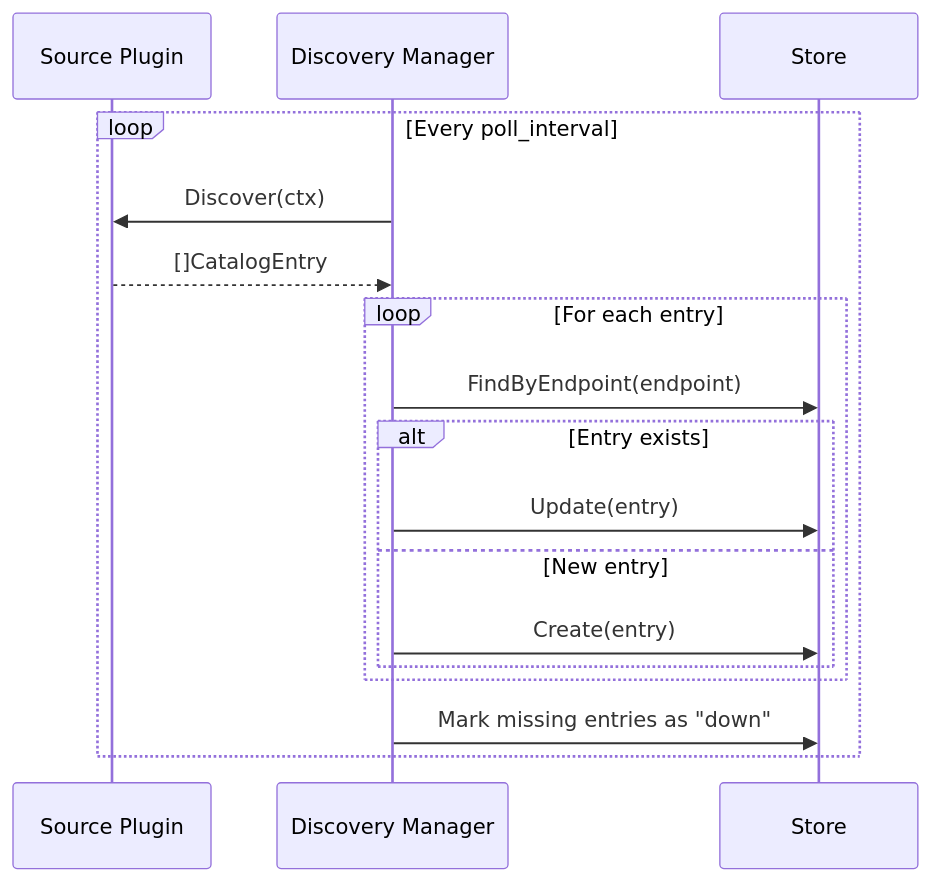
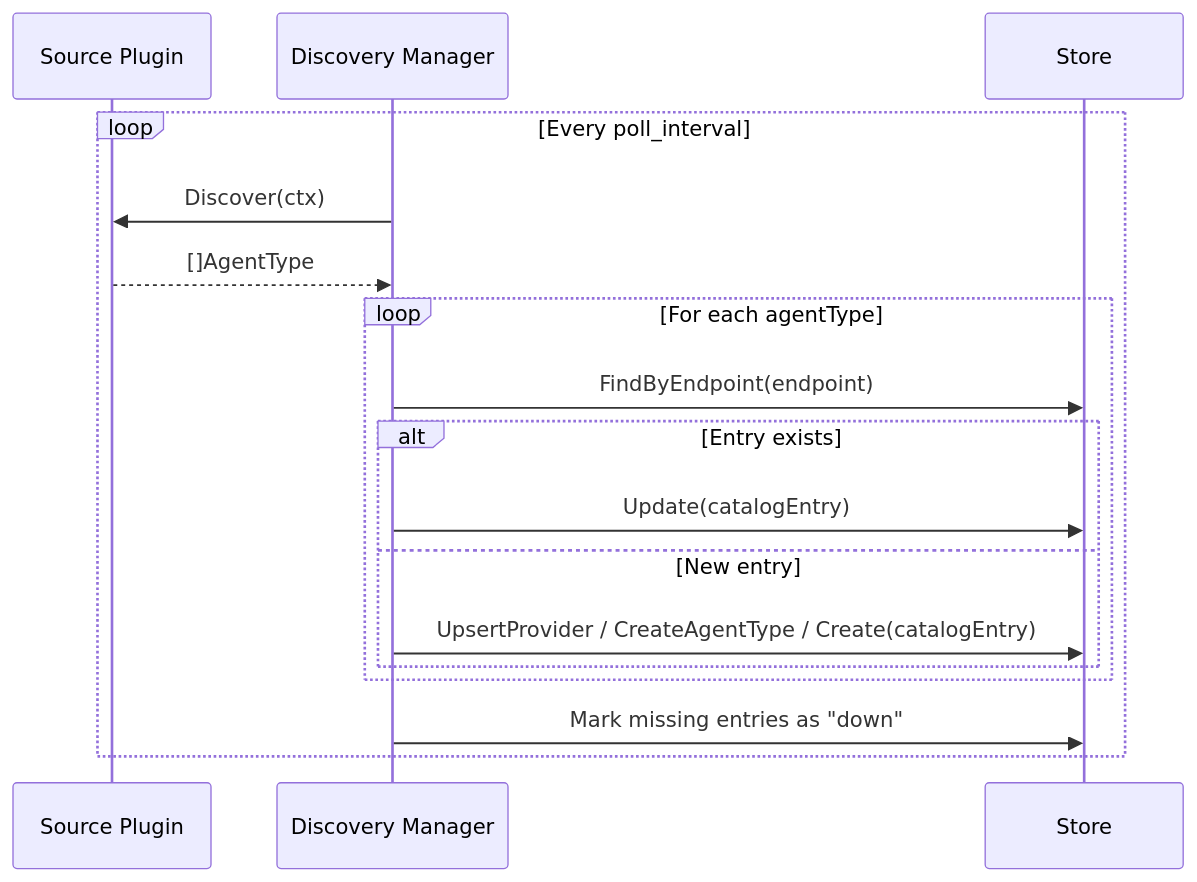
One commit to PawelHaracz/Agentlens changed the seventh of 8 diagrams in docs/architecture.md. Above: the diagram before and after it, drawn with Mermaid. The commit also changed other lines of this file and 7 other files, not shown here.

````diff
--- a/docs/architecture.md
+++ b/docs/architecture.md
@@ -357,22 +411,22 @@
 ```mermaid
 sequenceDiagram
     participant SP as Source Plugin
     participant DM as Discovery Manager
     participant ST as Store
 
     loop Every poll_interval
         DM->>SP: Discover(ctx)
-        SP-->>DM: []CatalogEntry
+        SP-->>DM: []AgentType
 
-        loop For each entry
+        loop For each agentType
             DM->>ST: FindByEndpoint(endpoint)
             alt Entry exists
-                DM->>ST: Update(entry)
+                DM->>ST: Update(catalogEntry)
             else New entry
-                DM->>ST: Create(entry)
+                DM->>ST: UpsertProvider / CreateAgentType / Create(catalogEntry)
             end
         end
 
         DM->>ST: Mark missing entries as "down"
     end
 ```
````
